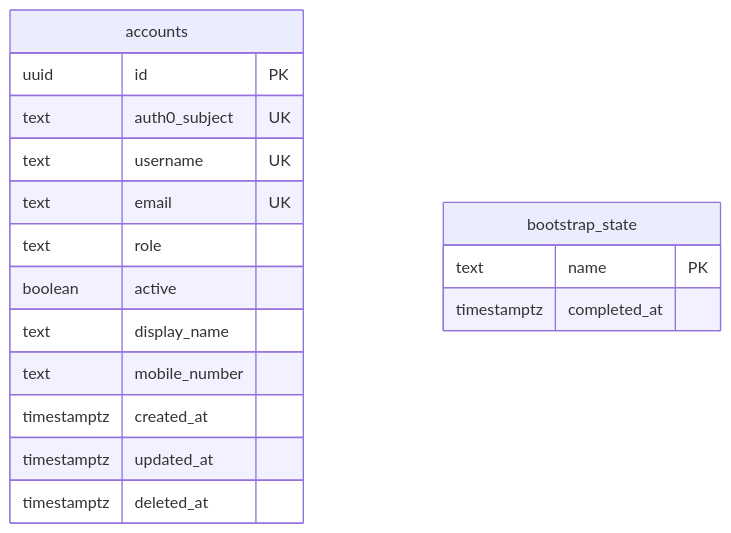
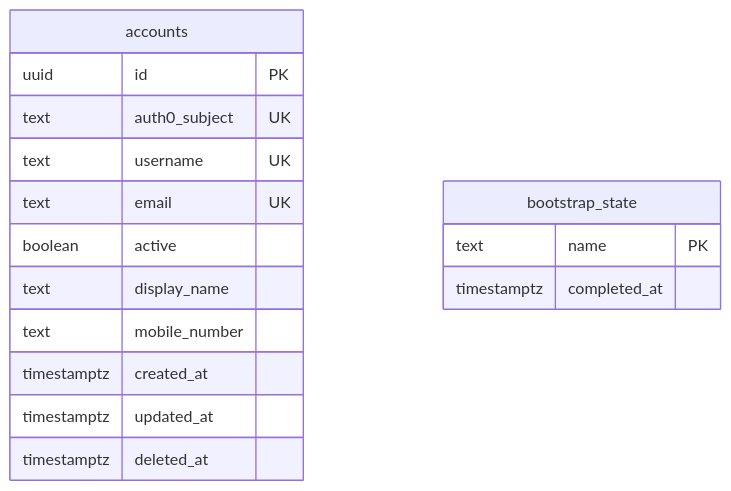
The eighth of 8 diagrams in user-service/docs/architecture.md (AY2627S1-CS3219-P33/FoC-Template), drawn with Mermaid before and after one commit. The commit also changed other lines of this file and 27 other files, not shown here.

````diff
--- a/user-service/docs/architecture.md
+++ b/user-service/docs/architecture.md
@@ -218,21 +218,20 @@
 ```mermaid
 erDiagram
     accounts {
         uuid id PK
         text auth0_subject UK
         text username UK
         text email UK
-        text role
         boolean active
         text display_name
         text mobile_number
         timestamptz created_at
         timestamptz updated_at
         timestamptz deleted_at
     }
 
     bootstrap_state {
         text name PK
         timestamptz completed_at
     }
 ```
````
